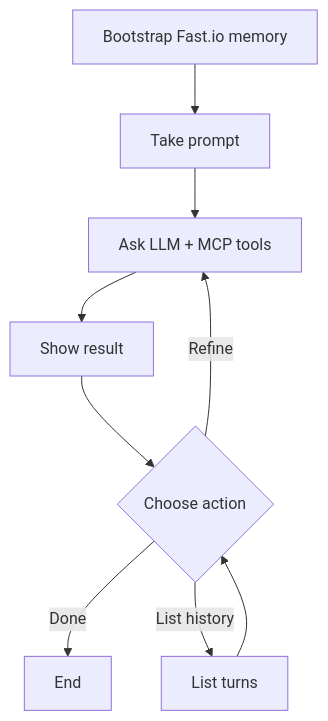
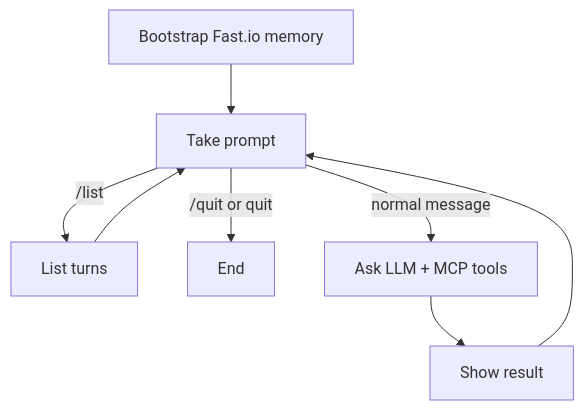
The diagram in langgraph-chat-fastio-memory/README.md (robstave/langchain-python), drawn with Mermaid before and after one commit. The commit also changed other lines of this file and 7 other files, not shown here.

````diff
--- a/langgraph-chat-fastio-memory/README.md
+++ b/langgraph-chat-fastio-memory/README.md
@@ -23,11 +23,10 @@
 ```mermaid
 flowchart TD
     A[Bootstrap Fast.io memory] --> B[Take prompt]
-    B --> C[Ask LLM + MCP tools]
+    B -->|/list| F[List turns]
+    F --> B
+    B -->|/quit or quit| END[End]
+    B -->|normal message| C[Ask LLM + MCP tools]
     C --> D[Show result]
-    D --> E{Choose action}
-    E -->|Done| END[End]
-    E -->|Refine| C
-    E -->|List history| F[List turns]
-    F --> E
+    D --> B
 ```
````
